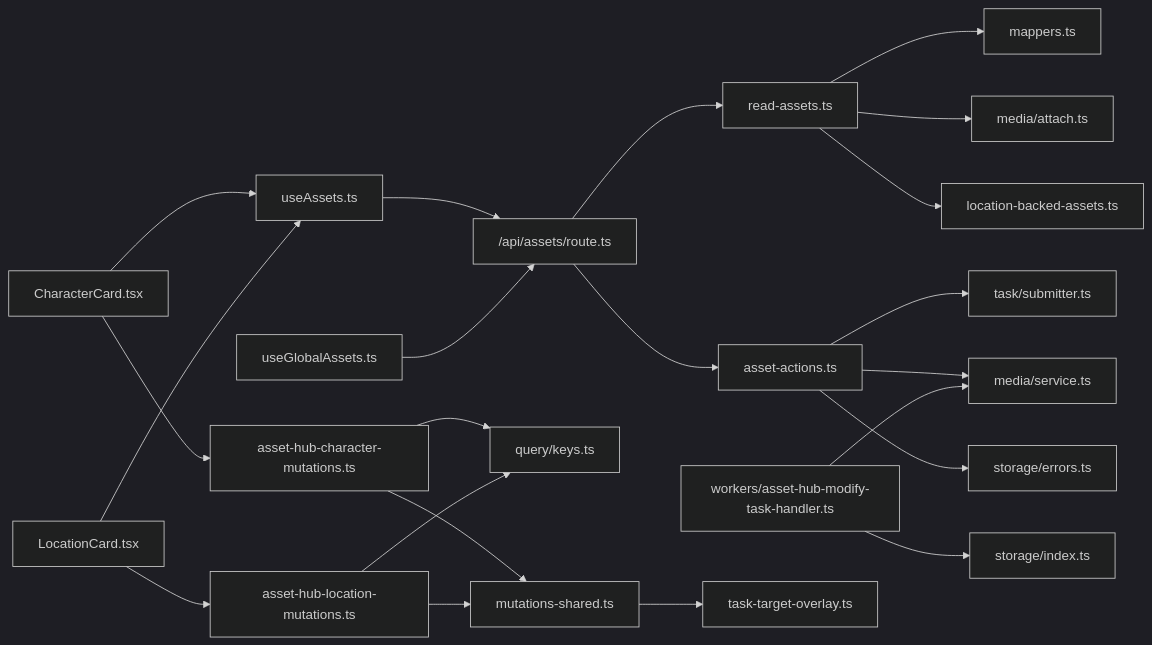
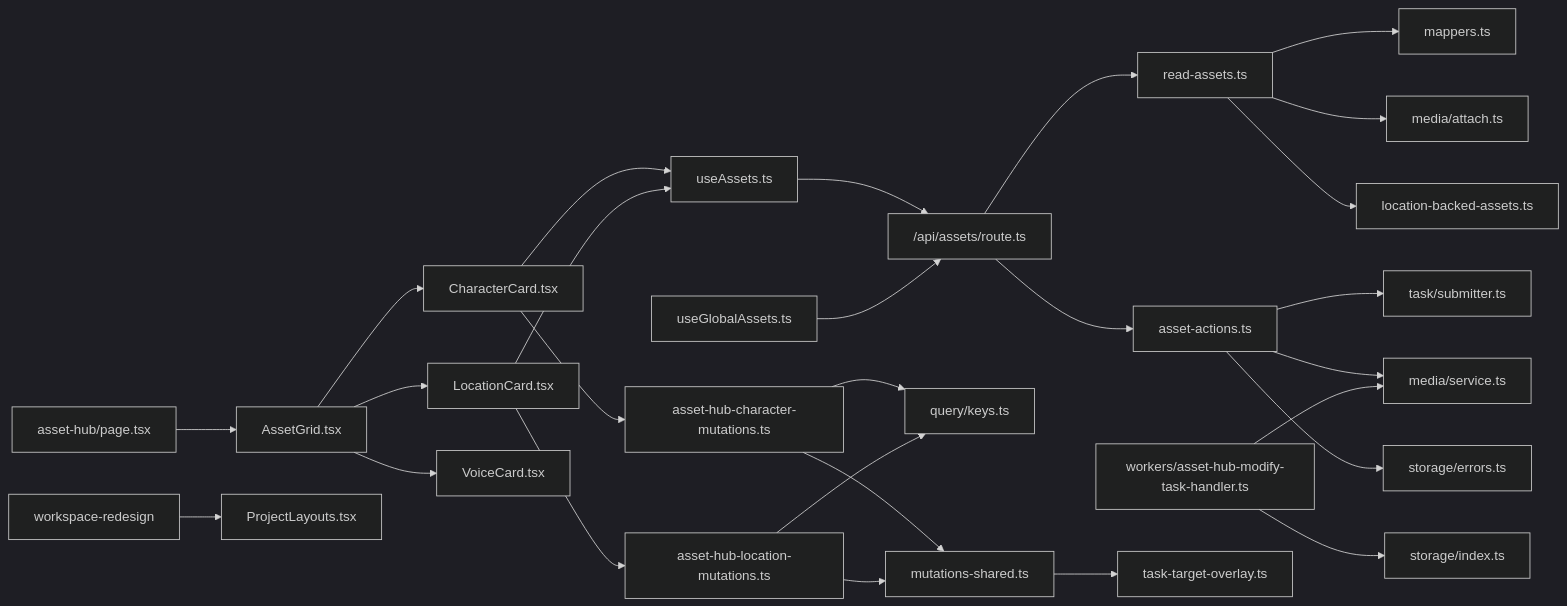
One commit to lyl2021/waoowaoo changed the tenth of 10 diagrams in .qoder/repowiki/zh/content/资产管理/资产管理.md. Above: the diagram before and after it, drawn with Mermaid (dark theme). The commit also changed other lines of this file and 20 other files, not shown here.

````diff
--- a/.qoder/repowiki/zh/content/资产管理/资产管理.md
+++ b/.qoder/repowiki/zh/content/资产管理/资产管理.md
@@ -574,24 +702,29 @@
 ```mermaid
 graph LR
 Read["read-assets.ts"] --> Mappers["mappers.ts"]
 Read --> Attach["media/attach.ts"]
 Read --> LocBacked["location-backed-assets.ts"]
 Actions["asset-actions.ts"] --> Task["task/submitter.ts"]
 Actions --> MediaSvc["media/service.ts"]
 Actions --> StorageErr["storage/errors.ts"]
 API["/api/assets/route.ts"] --> Read
 API --> Actions
 Hooks["useAssets.ts"] --> API
 HooksG["useGlobalAssets.ts"] --> API
 Worker["workers/asset-hub-modify-task-handler.ts"] --> MediaSvc
 Worker --> Storage["storage/index.ts"]
-CharacterCard["CharacterCard.tsx"] --> Hooks
-LocationCard["LocationCard.tsx"] --> Hooks
+AssetHub["asset-hub/page.tsx"] --> AssetGrid["AssetGrid.tsx"]
+AssetGrid --> CharacterCard["CharacterCard.tsx"]
+AssetGrid --> LocationCard["LocationCard.tsx"]
+AssetGrid --> VoiceCard["VoiceCard.tsx"]
+CharacterCard --> Hooks
+LocationCard --> Hooks
 CharacterCard --> Mutations["asset-hub-character-mutations.ts"]
 LocationCard --> Mutations2["asset-hub-location-mutations.ts"]
 Mutations --> Keys["query/keys.ts"]
 Mutations2 --> Keys
 Mutations --> Shared["mutations-shared.ts"]
 Mutations2 --> Shared
 Shared --> Overlay["task-target-overlay.ts"]
+WorkspaceRedesign["workspace-redesign"] --> ProjectLayouts["ProjectLayouts.tsx"]
 ```
````
